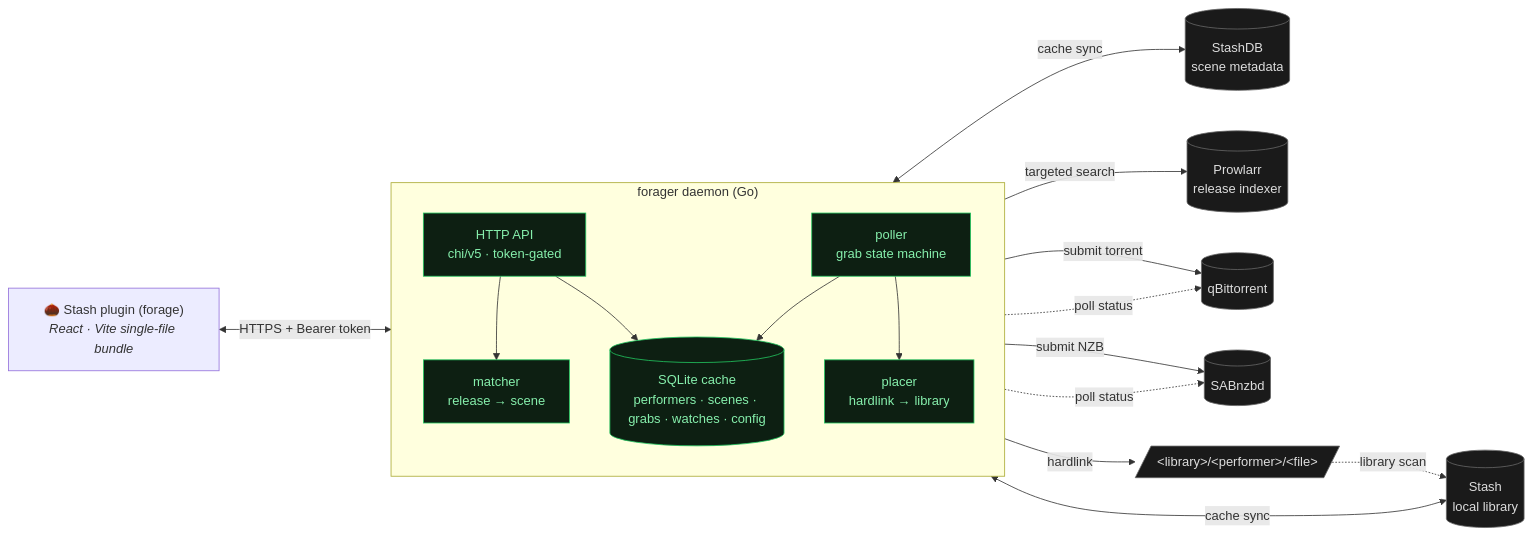
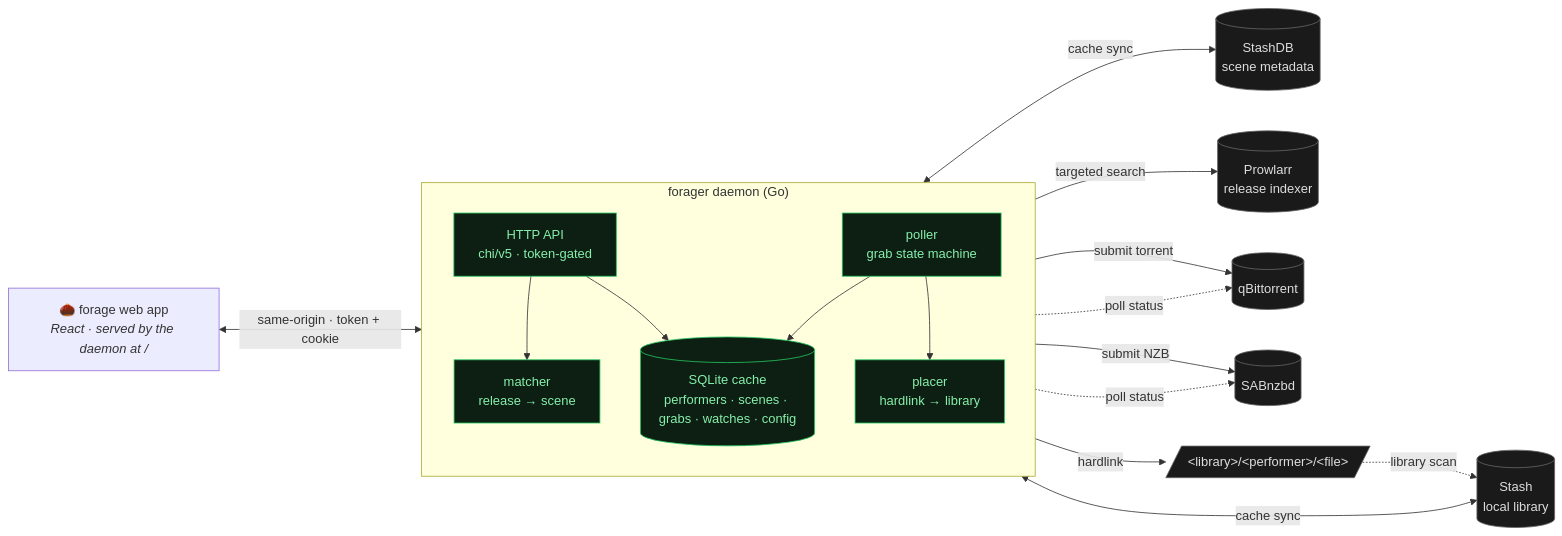
Before and after one commit to ordureconnoisseur/forage: the first of 2 diagrams in README.md, drawn with Mermaid. The commit also changed other lines of this file, not shown here.

First line of the commit message:
docs: reframe forage as a standalone app (plugin = optional launcher)

````diff
--- a/README.md
+++ b/README.md
@@ -9,41 +9,41 @@
 ```mermaid
 flowchart LR
-    UI["🌰 Stash plugin (forage)<br/><i>React · Vite single-file bundle</i>"]
+    UI["🌰 forage web app<br/><i>React · served by the daemon at /</i>"]
 
     subgraph Daemon ["forager daemon (Go)"]
         direction TB
         API[HTTP API<br/>chi/v5 · token-gated]
         Matcher[matcher<br/>release → scene]
         Cache[("SQLite cache<br/>performers · scenes · grabs · watches · config")]
         Poller[poller<br/>grab state machine]
         Placer[placer<br/>hardlink → library]
         API --> Matcher
         API --> Cache
         Poller --> Cache
         Poller --> Placer
     end
 
     Stash[("Stash<br/>local library")]
     StashDB[("StashDB<br/>scene metadata")]
     Prowlarr[("Prowlarr<br/>release indexer")]
     Qbit[("qBittorrent")]
     Sab[("SABnzbd")]
     Library[/"&lt;library&gt;/&lt;performer&gt;/&lt;file&gt;"/]
 
-    UI <-->|HTTPS + Bearer token| API
+    UI <-->|same-origin · token + cookie| API
 
     Cache <-->|cache sync| Stash
     Cache <-->|cache sync| StashDB
     Matcher -->|targeted search| Prowlarr
     API -->|submit torrent| Qbit
     API -->|submit NZB| Sab
     Poller -.->|poll status| Qbit
     Poller -.->|poll status| Sab
     Placer -->|hardlink| Library
     Library -.->|library scan| Stash
 
     classDef ext fill:#1a1a1a,stroke:#666,color:#ddd
     classDef daemon fill:#0d1f12,stroke:#22c55e,color:#86efac
     class Stash,StashDB,Prowlarr,Qbit,Sab,Library ext
     class API,Matcher,Cache,Poller,Placer daemon
 ```
````
